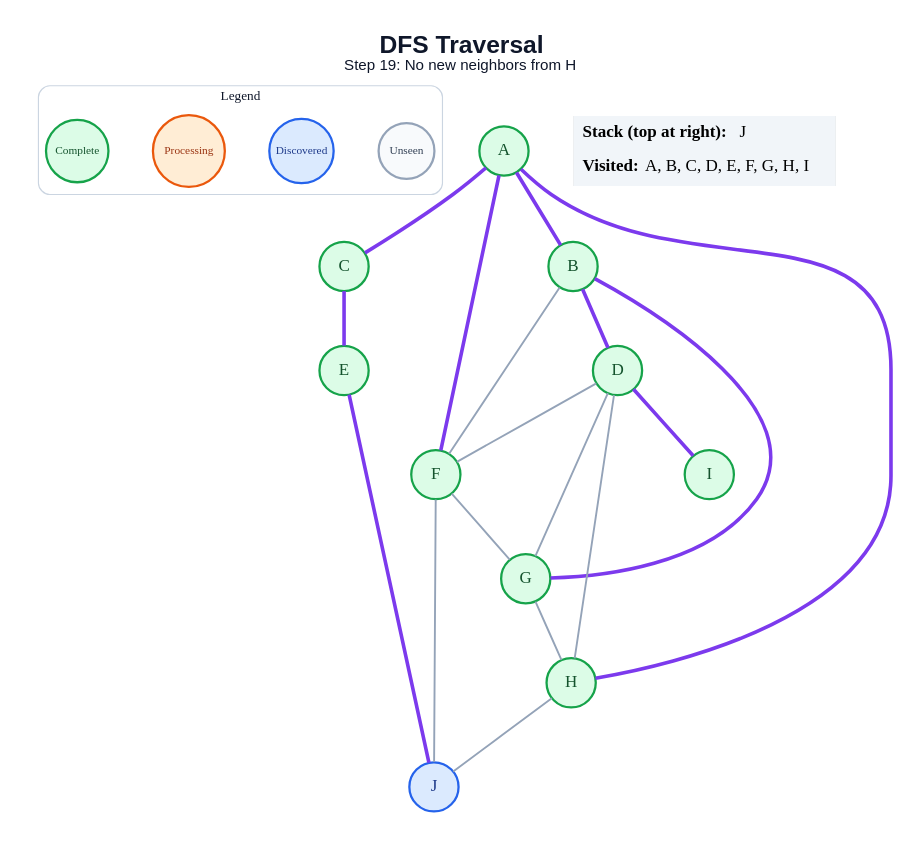
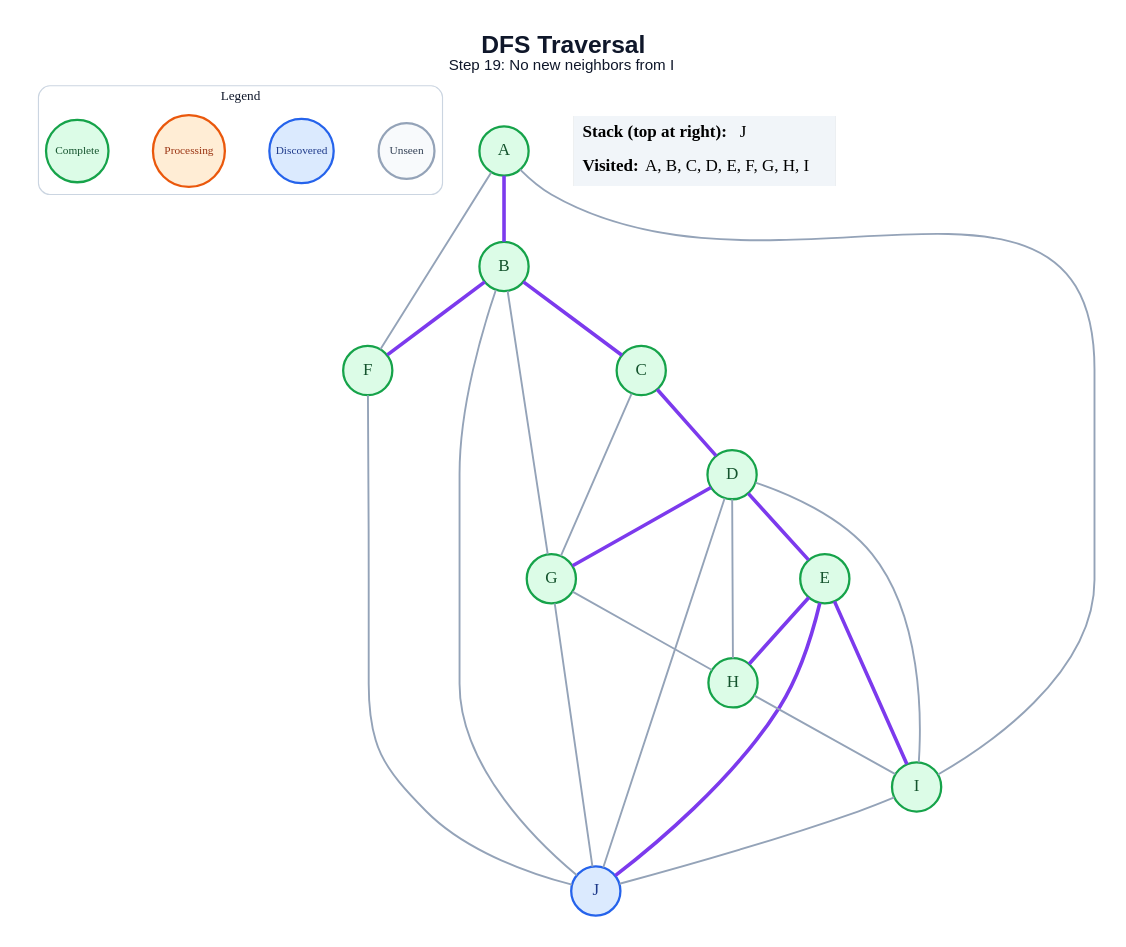
One commit to anon7238593-create/ai-slop changed the diagram in generated/specific-node/dfs/step_19.dot. Above: the diagram before and after it, drawn with Graphviz. The commit also changed 171 other files, not shown here.

```diff
--- a/generated/specific-node/dfs/step_19.dot
+++ b/generated/specific-node/dfs/step_19.dot
@@ -1,46 +1,51 @@
 graph traversal {
   graph [layout=dot, rankdir=TB, bgcolor="#FFFFFF", pad="0.35", nodesep="0.65", ranksep="0.8", fontname="Arial"];
   node [shape=circle, style="filled", fontname="Arial Bold", fontsize=18, width=0.72, fixedsize=true, penwidth=2.4];
   edge [color="#94A3B8", penwidth=2.0];
-  label=<<B>DFS Traversal</B><BR/><FONT POINT-SIZE="16">Step 19: No new neighbors from H</FONT>>; labelloc="t"; fontsize=26; fontname="Arial"; fontcolor="#0F172A";
+  label=<<B>DFS Traversal</B><BR/><FONT POINT-SIZE="16">Step 19: No new neighbors from I</FONT>>; labelloc="t"; fontsize=26; fontname="Arial"; fontcolor="#0F172A";
   subgraph cluster_legend { label="Legend"; color="#CBD5E1"; penwidth=1.2; style="rounded"; fontsize=14; fontname="Arial Bold";
     key_unseen [label="Unseen", fillcolor="#F8FAFC", color="#94A3B8", fontcolor="#334155", fontsize=12, width=0.82];
     key_frontier [label="Discovered", fillcolor="#DBEAFE", color="#2563EB", fontcolor="#1E3A8A", fontsize=12, width=0.95];
     key_current [label="Processing", fillcolor="#FFEDD5", color="#EA580C", fontcolor="#9A3412", fontsize=12, width=1.05];
     key_done [label="Complete", fillcolor="#DCFCE7", color="#16A34A", fontcolor="#14532D", fontsize=12, width=0.92];
     { rank=same; key_unseen; key_frontier; key_current; key_done; }
   }
   A [fillcolor="#DCFCE7", color="#16A34A", fontcolor="#14532D"];
   B [fillcolor="#DCFCE7", color="#16A34A", fontcolor="#14532D"];
   C [fillcolor="#DCFCE7", color="#16A34A", fontcolor="#14532D"];
   D [fillcolor="#DCFCE7", color="#16A34A", fontcolor="#14532D"];
   E [fillcolor="#DCFCE7", color="#16A34A", fontcolor="#14532D"];
   F [fillcolor="#DCFCE7", color="#16A34A", fontcolor="#14532D"];
   G [fillcolor="#DCFCE7", color="#16A34A", fontcolor="#14532D"];
   H [fillcolor="#DCFCE7", color="#16A34A", fontcolor="#14532D"];
   I [fillcolor="#DCFCE7", color="#16A34A", fontcolor="#14532D"];
   J [fillcolor="#DBEAFE", color="#2563EB", fontcolor="#1E3A8A"];
   A -- B [color="#7C3AED", penwidth=3.8];
-  A -- C [color="#7C3AED", penwidth=3.8];
-  A -- F [color="#7C3AED", penwidth=3.8];
-  A -- H [color="#7C3AED", penwidth=3.8];
-  B -- D [color="#7C3AED", penwidth=3.8];
-  B -- F;
-  B -- G [color="#7C3AED", penwidth=3.8];
-  C -- E [color="#7C3AED", penwidth=3.8];
-  D -- F;
-  D -- G;
+  A -- F;
+  A -- I;
+  B -- C [color="#7C3AED", penwidth=3.8];
+  B -- F [color="#7C3AED", penwidth=3.8];
+  B -- G;
+  B -- J;
+  C -- D [color="#7C3AED", penwidth=3.8];
+  C -- G;
+  D -- E [color="#7C3AED", penwidth=3.8];
+  D -- G [color="#7C3AED", penwidth=3.8];
   D -- H;
-  D -- I [color="#7C3AED", penwidth=3.8];
+  D -- I;
+  D -- J;
+  E -- H [color="#7C3AED", penwidth=3.8];
+  E -- I [color="#7C3AED", penwidth=3.8];
   E -- J [color="#7C3AED", penwidth=3.8];
-  F -- G;
   F -- J;
   G -- H;
-  H -- J;
+  G -- J;
+  H -- I;
+  I -- J;
   status [shape=plain, fixedsize=false, width=0, height=0, margin=0, label=<
     <TABLE BORDER="0" CELLBORDER="0" CELLPADDING="7" BGCOLOR="#F1F5F9">
       <TR><TD ALIGN="LEFT"><B>Stack (top at right):</B> J</TD></TR>
       <TR><TD ALIGN="LEFT"><B>Visited:</B> A, B, C, D, E, F, G, H, I</TD></TR>
     </TABLE>
   >];
 }
```
